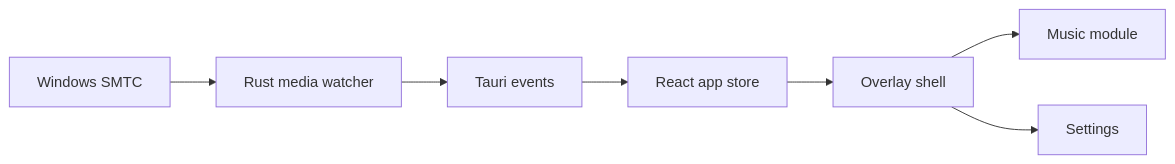
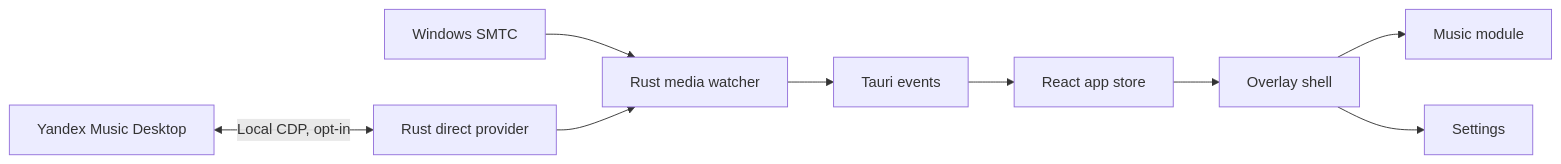
One commit to redheadesign/music-island changed the diagram in README.md. Above: the diagram before and after it, drawn with Mermaid. The commit also changed other lines of this file and 42 other files, not shown here.

````diff
--- a/README.md
+++ b/README.md
@@ -50,9 +51,11 @@
 ```mermaid
 flowchart LR
   WindowsSMTC[Windows SMTC] --> RustMedia[Rust media watcher]
+  YandexDesktop[Yandex Music Desktop] <-->|Local CDP, opt-in| DirectProvider[Rust direct provider]
+  DirectProvider --> RustMedia
   RustMedia --> TauriEvents[Tauri events]
   ReactStore[React app store] --> OverlayShell[Overlay shell]
   TauriEvents --> ReactStore
   OverlayShell --> MusicModule[Music module]
   OverlayShell --> SettingsModule[Settings]
 ```
````
